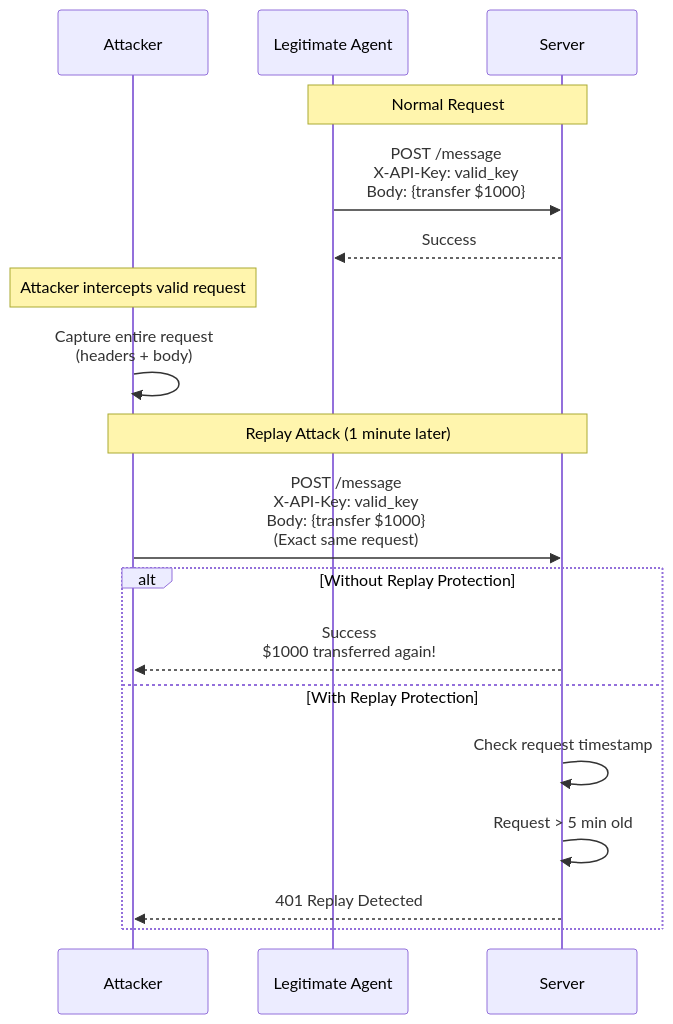
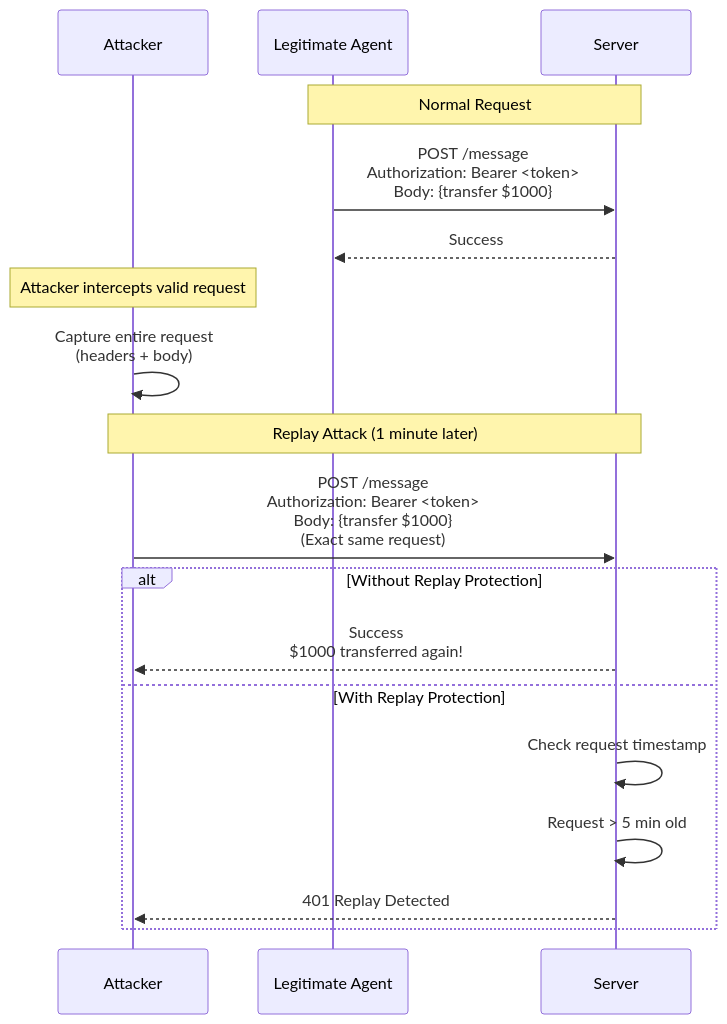
One commit to jaafar-benabderrazak/ca_a2a changed diagram 11 of 14 in A2A_PROTOCOL_SECURITY_TECHNICAL.md. Above: the diagram before and after it, drawn with Mermaid. The commit also changed other lines of this file, not shown here.

````diff
--- a/A2A_PROTOCOL_SECURITY_TECHNICAL.md
+++ b/A2A_PROTOCOL_SECURITY_TECHNICAL.md
@@ -1987,24 +1965,24 @@
 ```mermaid
 sequenceDiagram
  participant Attacker
  participant Victim as Legitimate Agent
  participant Server
  
  Note over Victim,Server: Normal Request
- Victim->>Server: POST /message<br/>X-API-Key: valid_key<br/>Body: {transfer $1000}
+ Victim->>Server: POST /message<br/>Authorization: Bearer <token><br/>Body: {transfer $1000}
  Server-->>Victim: Success
  
  Note over Attacker: Attacker intercepts valid request
  Attacker->>Attacker: Capture entire request<br/>(headers + body)
  
  Note over Attacker,Server: Replay Attack (1 minute later)
- Attacker->>Server: POST /message<br/>X-API-Key: valid_key<br/>Body: {transfer $1000}<br/>(Exact same request)
+ Attacker->>Server: POST /message<br/>Authorization: Bearer <token><br/>Body: {transfer $1000}<br/>(Exact same request)
  
  alt Without Replay Protection
  Server-->>Attacker: Success<br/> $1000 transferred again!
  else With Replay Protection
  Server->>Server: Check request timestamp
  Server->>Server: Request > 5 min old 
  Server-->>Attacker: 401 Replay Detected
  end
 ```
````
